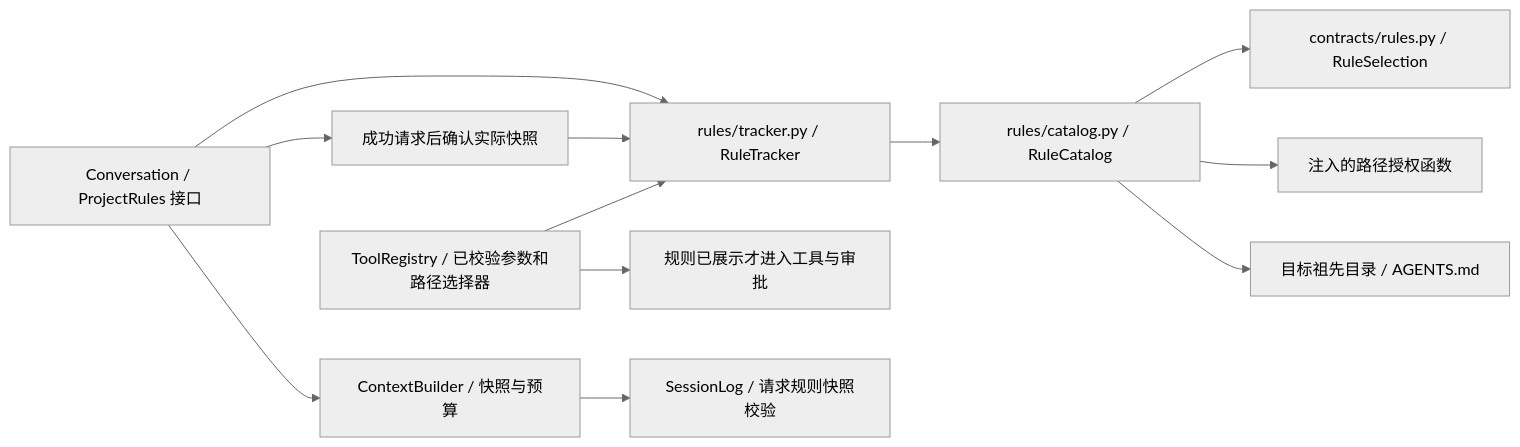
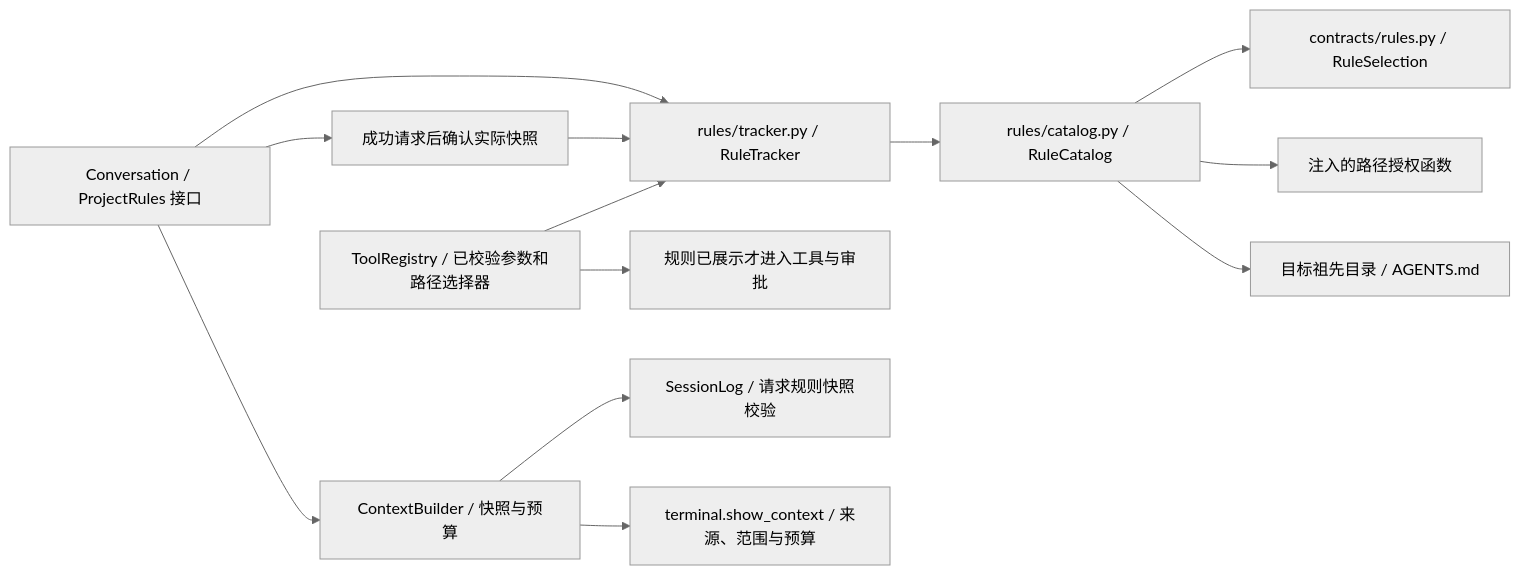
Before and after one commit to Plvltra/AdamAgent: the first of 12 diagrams in docs/architecture.md, drawn with Mermaid (neutral theme). The commit also changed other lines of this file and 7 other files, not shown here.

```diff
--- a/docs/architecture.md
+++ b/docs/architecture.md
@@ -13,14 +13,15 @@
 ~~~mermaid
 flowchart LR
     SOURCE["rules/catalog.py / RuleCatalog"] --> CONTRACT["contracts/rules.py / RuleSelection"]
     SOURCE --> AUTH["注入的路径授权函数"]
     SOURCE --> FILE["目标祖先目录 / AGENTS.md"]
     TRACK["rules/tracker.py / RuleTracker"] --> SOURCE
     CONV["Conversation / ProjectRules 接口"] --> TRACK
     CONV --> BUILD["ContextBuilder / 快照与预算"]
     CONV --> ACK["成功请求后确认实际快照"]
     ACK --> TRACK
     REG["ToolRegistry / 已校验参数和路径选择器"] --> TRACK
     REG --> TOOL["规则已展示才进入工具与审批"]
     BUILD --> LOG["SessionLog / 请求规则快照校验"]
+    BUILD --> CLI_RULES["terminal.show_context / 来源、范围与预算"]
 ~~~
```
